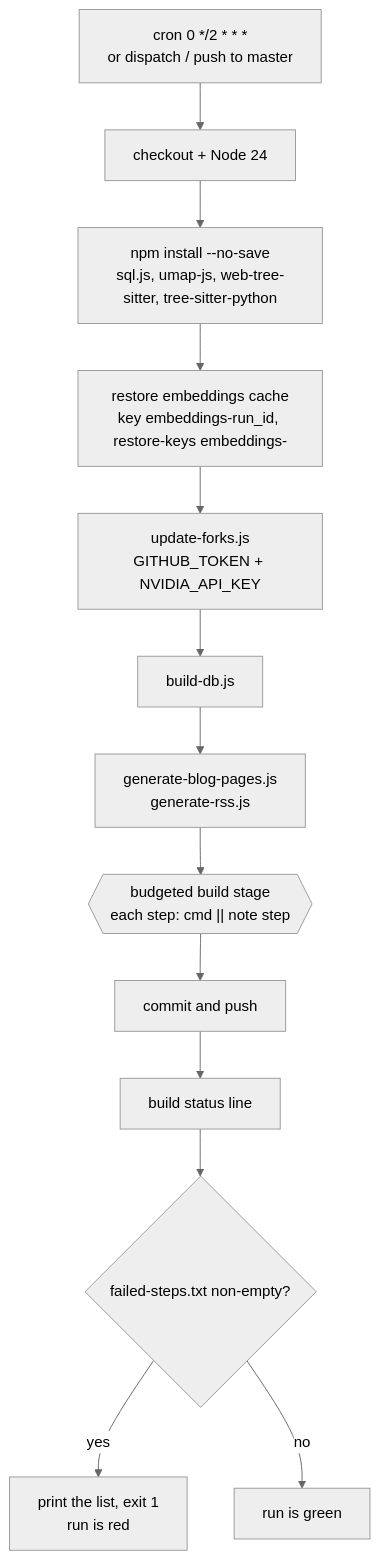
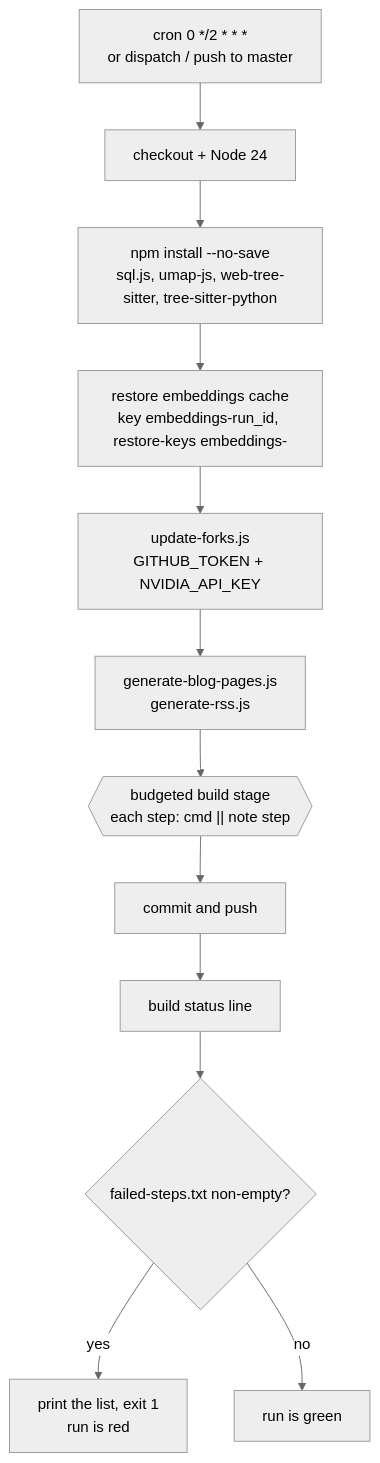
The first of 2 diagrams in docs/architecture/08-cicd.md (moses-y/moses-y.github.io), drawn with Mermaid (neutral theme) before and after one commit. The commit also changed other lines of this file and 12 other files, not shown here.

````diff
--- a/docs/architecture/08-cicd.md
+++ b/docs/architecture/08-cicd.md
@@ -27,15 +27,14 @@
 ```mermaid
 flowchart TD
     A["cron 0 */2 * * *<br/>or dispatch / push to master"] --> B[checkout + Node 24]
     B --> C[npm install --no-save<br/>sql.js, umap-js, web-tree-sitter, tree-sitter-python]
     C --> D["restore embeddings cache<br/>key embeddings-run_id, restore-keys embeddings-"]
     D --> E["update-forks.js<br/>GITHUB_TOKEN + NVIDIA_API_KEY"]
-    E --> F[build-db.js]
-    F --> G[generate-blog-pages.js<br/>generate-rss.js]
+    E --> G[generate-blog-pages.js<br/>generate-rss.js]
     G --> H{{"budgeted build stage<br/>each step: cmd || note step"}}
     H --> I[commit and push]
     I --> J[build status line]
     J --> K{"failed-steps.txt non-empty?"}
     K -- yes --> L["print the list, exit 1<br/>run is red"]
     K -- no --> M[run is green]
 ```
````
